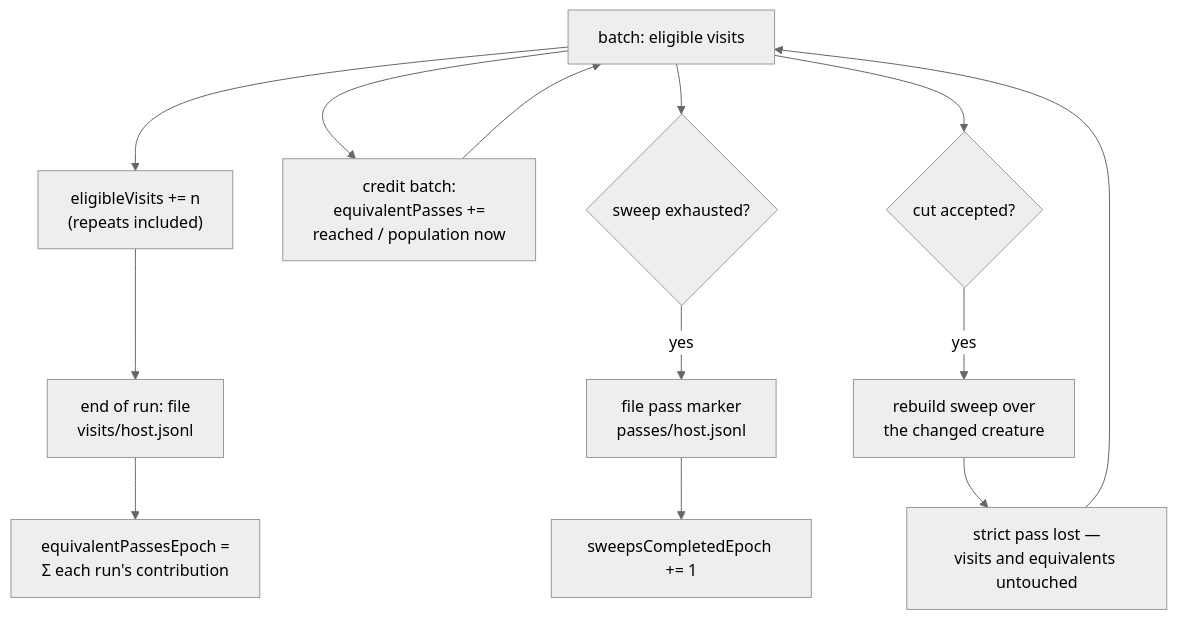
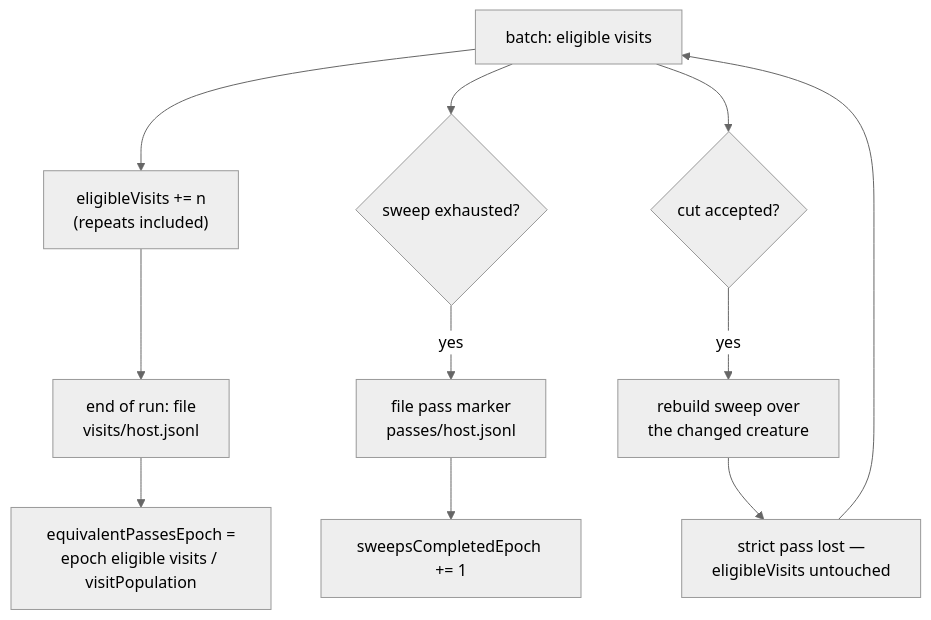
One commit to stSoftwareAU/NEAT-AI-Ockham changed the diagram in docs/archive/pr-summaries/pr-summary-153.md. Above: the diagram before and after it, drawn with Mermaid (neutral theme). The commit also changed other lines of this file, not shown here.

First line of the commit message:
Credit equivalent passes against the creature of the day (Issue #153)

````diff
--- a/docs/archive/pr-summaries/pr-summary-153.md
+++ b/docs/archive/pr-summaries/pr-summary-153.md
@@ -71,15 +62,13 @@
 ```mermaid
 flowchart TD
     B["batch: eligible visits"] --> L["eligibleVisits += n<br/>(repeats included)"]
-    B --> P["credit batch:<br/>equivalentPasses +=<br/>reached / population now"]
-    P --> B
     B --> E{"sweep exhausted?"}
     E -->|yes| M["file pass marker<br/>passes/host.jsonl"]
     M --> C["sweepsCompletedEpoch += 1"]
     B --> A{"cut accepted?"}
     A -->|yes| RB["rebuild sweep over<br/>the changed creature"]
-    RB --> X["strict pass lost —<br/>visits and equivalents untouched"]
+    RB --> X["strict pass lost —<br/>eligibleVisits untouched"]
     X --> B
     L --> F["end of run: file<br/>visits/host.jsonl"]
-    F --> Q["equivalentPassesEpoch =<br/>Σ each run's contribution"]
+    F --> Q["equivalentPassesEpoch =<br/>epoch eligible visits / visitPopulation"]
 ```
````
